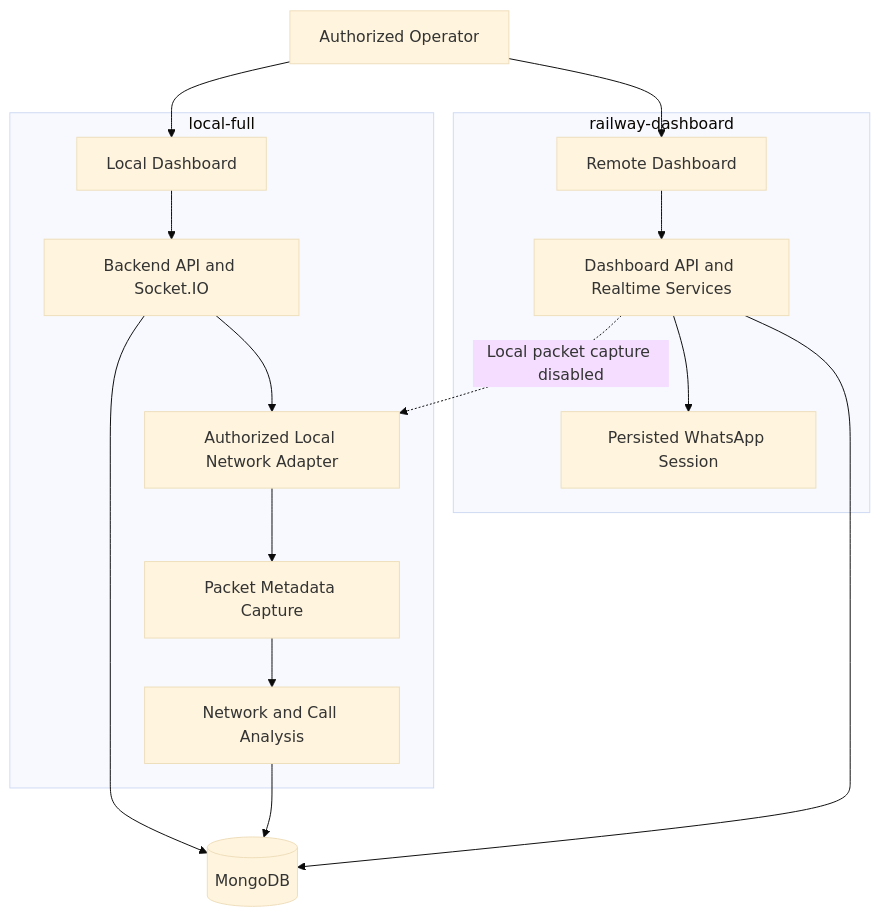
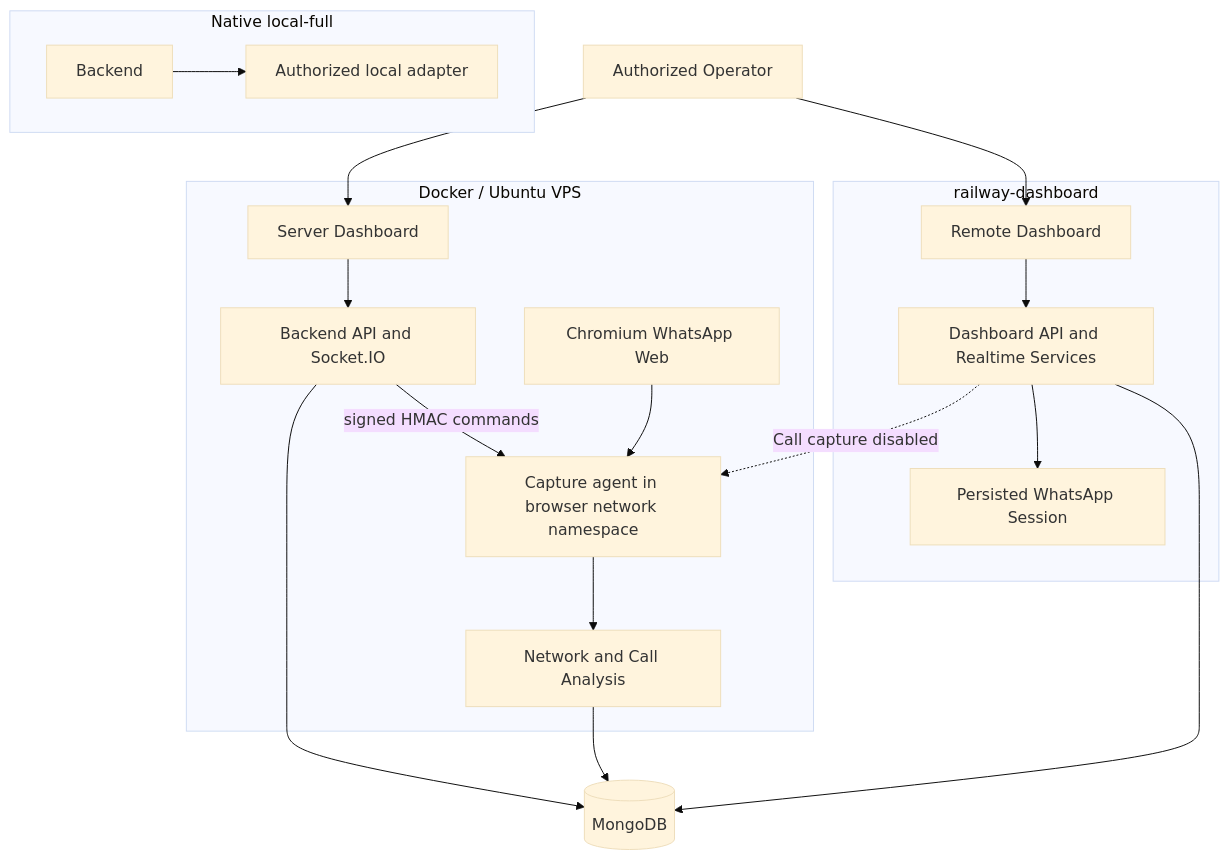
Before and after one commit to deco31416/wp-monitor: the second of 4 diagrams in README.md, drawn with Mermaid (base theme). The commit also changed other lines of this file and 74 other files, not shown here.

````diff
--- a/README.md
+++ b/README.md
@@ -128,36 +133,42 @@
 ```mermaid
 flowchart TB
     Operator[Authorized Operator]
 
-    subgraph LocalFull[local-full]
-        LocalUI[Local Dashboard]
+    subgraph DockerVPS[Docker / Ubuntu VPS]
+        LocalUI[Server Dashboard]
         LocalAPI[Backend API and Socket.IO]
-        Adapter[Authorized Local Network Adapter]
-        Capture[Packet Metadata Capture]
+        Browser[Chromium WhatsApp Web]
+        Capture[Capture agent in browser network namespace]
         Analysis[Network and Call Analysis]
 
         LocalUI --> LocalAPI
-        LocalAPI --> Adapter
-        Adapter --> Capture
+        LocalAPI -->|signed HMAC commands| Capture
+        Browser --> Capture
         Capture --> Analysis
+    end
+
+    subgraph NativeLocal[Native local-full]
+        NativeAPI[Backend]
+        Adapter[Authorized local adapter]
+        NativeAPI --> Adapter
     end
 
     subgraph RailwayMode[railway-dashboard]
         RemoteUI[Remote Dashboard]
         RemoteAPI[Dashboard API and Realtime Services]
         Session[Persisted WhatsApp Session]
 
         RemoteUI --> RemoteAPI
         RemoteAPI --> Session
     end
 
     Mongo[(MongoDB)]
 
     Operator --> LocalUI
     Operator --> RemoteUI
     LocalAPI --> Mongo
     Analysis --> Mongo
     RemoteAPI --> Mongo
 
-    RemoteAPI -. Local packet capture disabled .-> Adapter
+    RemoteAPI -. Call capture disabled .-> Capture
 ```
````
